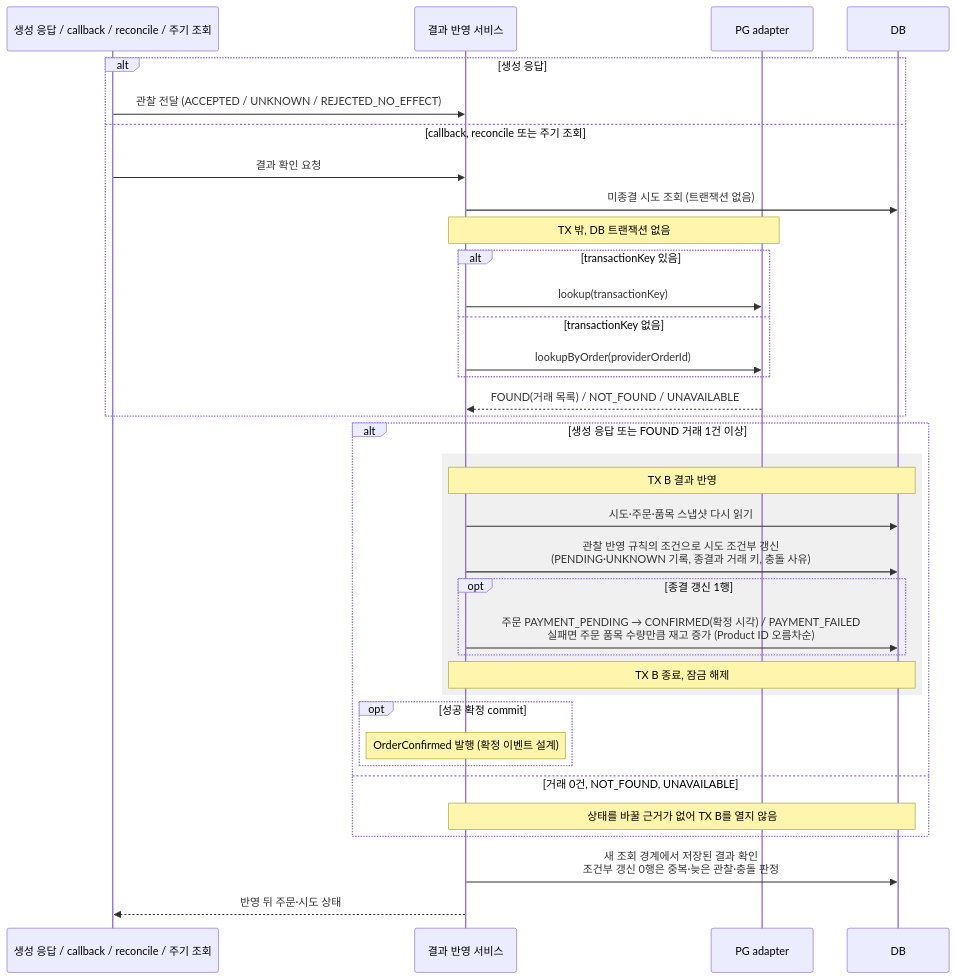
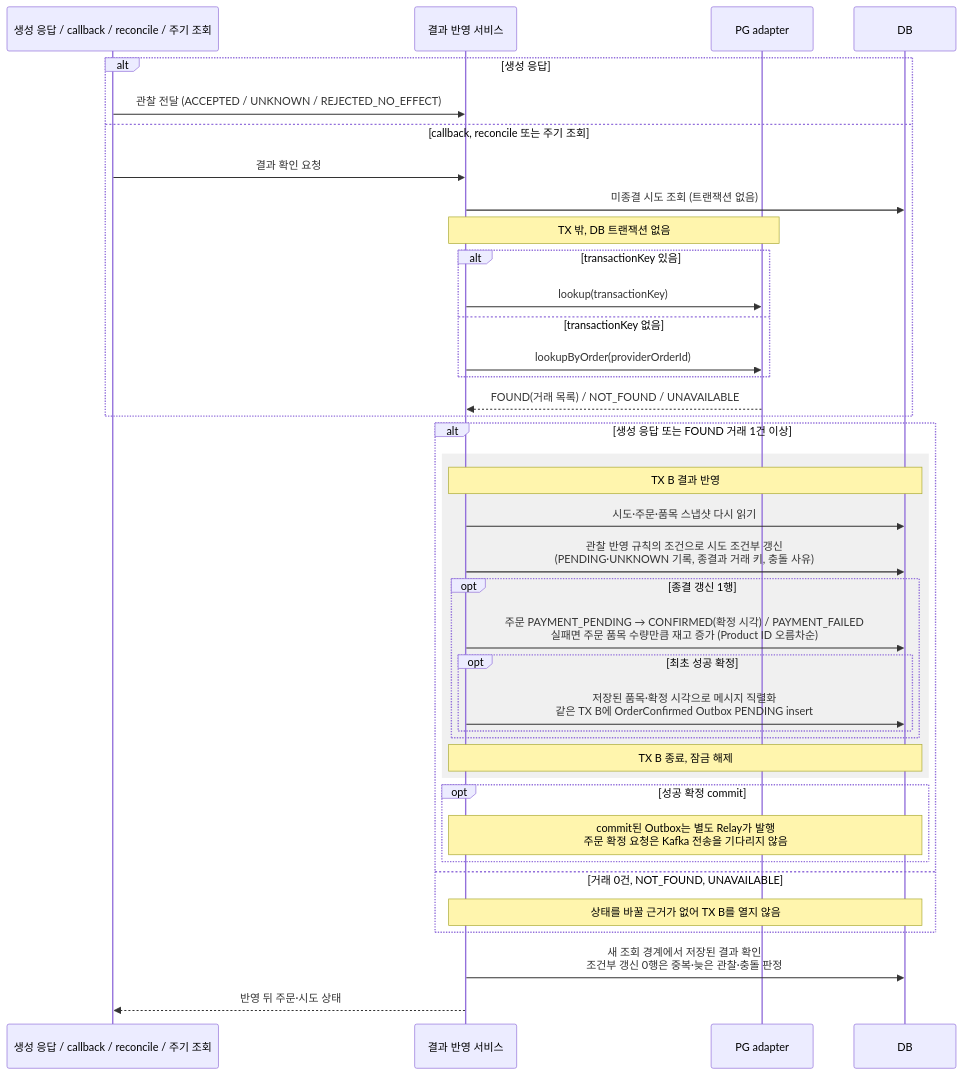
The diagram in docs/system-design/use-cases/order-payment-result.md (loopers-labs/loop-pack-be-l2-vol5-java), drawn with Mermaid before and after one commit. The commit also changed other lines of this file and 6 other files, not shown here.

````diff
--- a/docs/system-design/use-cases/order-payment-result.md
+++ b/docs/system-design/use-cases/order-payment-result.md
@@ -44,40 +44,43 @@
 ```mermaid
 sequenceDiagram
     participant Trigger as 생성 응답 / callback / reconcile / 주기 조회
     participant Service as 결과 반영 서비스
     participant Adapter as PG adapter
     participant DB as DB
 
     alt 생성 응답
         Trigger->>Service: 관찰 전달 (ACCEPTED / UNKNOWN / REJECTED_NO_EFFECT)
     else callback, reconcile 또는 주기 조회
         Trigger->>Service: 결과 확인 요청
         Service->>DB: 미종결 시도 조회 (트랜잭션 없음)
         Note over Service,Adapter: TX 밖, DB 트랜잭션 없음
         alt transactionKey 있음
             Service->>Adapter: lookup(transactionKey)
         else transactionKey 없음
             Service->>Adapter: lookupByOrder(providerOrderId)
         end
         Adapter-->>Service: FOUND(거래 목록) / NOT_FOUND / UNAVAILABLE
     end
 
     alt 생성 응답 또는 FOUND 거래 1건 이상
         rect rgba(128, 128, 128, 0.12)
             Note over Service,DB: TX B 결과 반영
             Service->>DB: 시도·주문·품목 스냅샷 다시 읽기
             Service->>DB: 관찰 반영 규칙의 조건으로 시도 조건부 갱신<br/>(PENDING·UNKNOWN 기록, 종결과 거래 키, 충돌 사유)
             opt 종결 갱신 1행
                 Service->>DB: 주문 PAYMENT_PENDING → CONFIRMED(확정 시각) / PAYMENT_FAILED<br/>실패면 주문 품목 수량만큼 재고 증가 (Product ID 오름차순)
+                opt 최초 성공 확정
+                    Service->>DB: 저장된 품목·확정 시각으로 메시지 직렬화<br/>같은 TX B에 OrderConfirmed Outbox PENDING insert
+                end
             end
             Note over Service,DB: TX B 종료, 잠금 해제
         end
         opt 성공 확정 commit
-            Note over Service: OrderConfirmed 발행 (확정 이벤트 설계)
+            Note over Service,DB: commit된 Outbox는 별도 Relay가 발행<br/>주문 확정 요청은 Kafka 전송을 기다리지 않음
         end
     else 거래 0건, NOT_FOUND, UNAVAILABLE
         Note over Service,DB: 상태를 바꿀 근거가 없어 TX B를 열지 않음
     end
     Service->>DB: 새 조회 경계에서 저장된 결과 확인<br/>조건부 갱신 0행은 중복·늦은 관찰·충돌 판정
     Service-->>Trigger: 반영 뒤 주문·시도 상태
 ```
````
